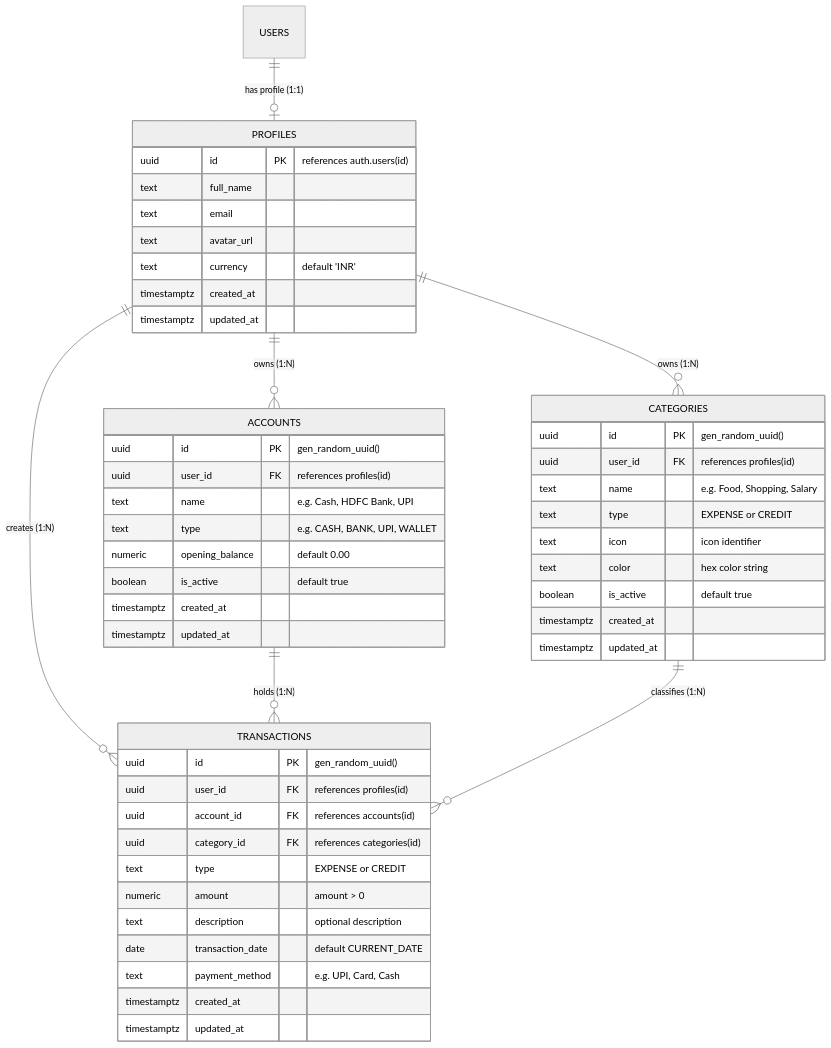
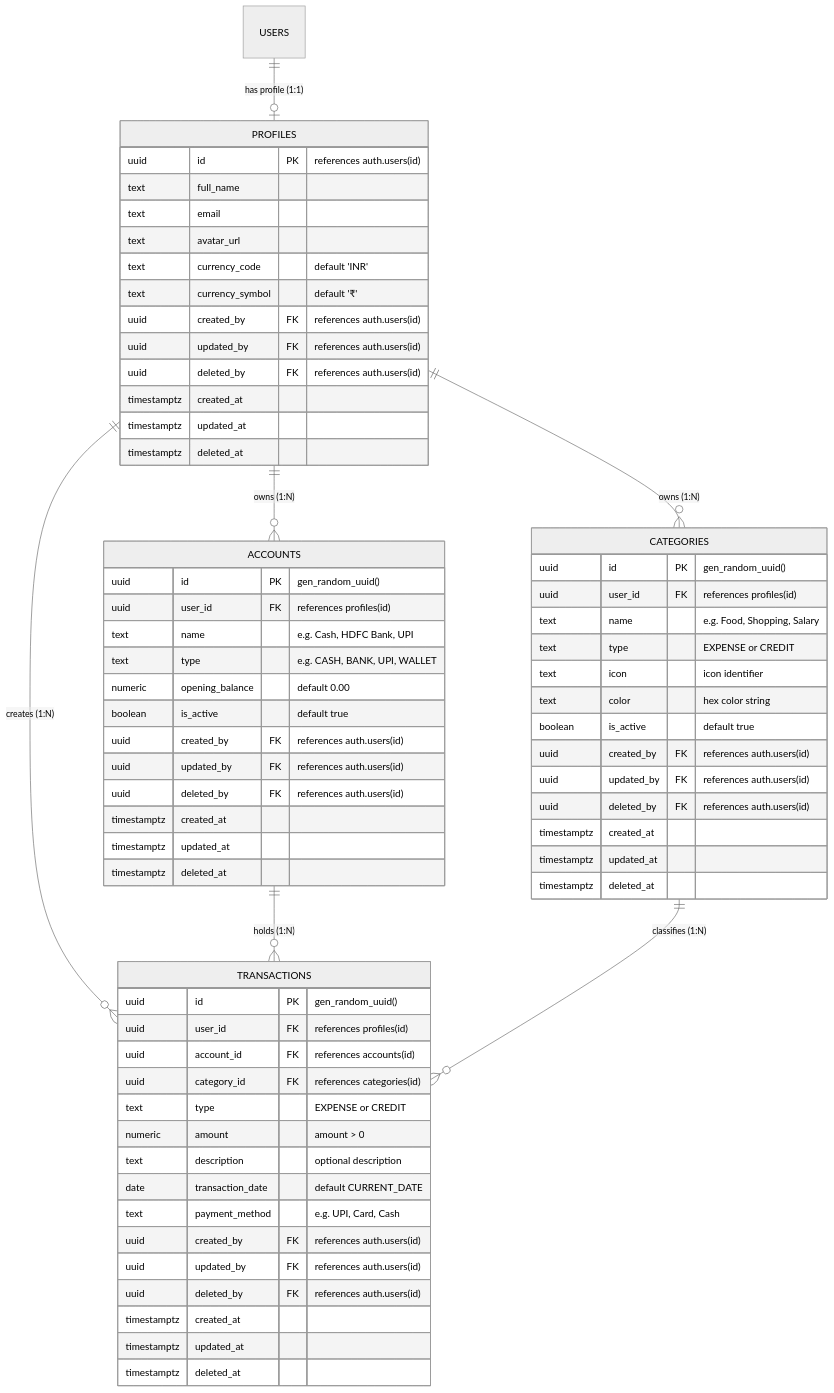
Before and after one commit to mubasshir-cyber/expense-tracker-app: the second of 3 diagrams in docs/architecture.md, drawn with Mermaid (neutral theme). The commit also changed 36 other files, not shown here.

````diff
--- a/docs/architecture.md
+++ b/docs/architecture.md
@@ -116,56 +116,73 @@
 ```mermaid
 erDiagram
     USERS ||--o| PROFILES : "has profile (1:1)"
     PROFILES ||--o{ ACCOUNTS : "owns (1:N)"
     PROFILES ||--o{ CATEGORIES : "owns (1:N)"
     PROFILES ||--o{ TRANSACTIONS : "creates (1:N)"
     ACCOUNTS ||--o{ TRANSACTIONS : "holds (1:N)"
     CATEGORIES ||--o{ TRANSACTIONS : "classifies (1:N)"
 
     PROFILES {
         uuid id PK "references auth.users(id)"
         text full_name
         text email
         text avatar_url
-        text currency "default 'INR'"
+        text currency_code "default 'INR'"
+        text currency_symbol "default '₹'"
+        uuid created_by FK "references auth.users(id)"
+        uuid updated_by FK "references auth.users(id)"
+        uuid deleted_by FK "references auth.users(id)"
         timestamptz created_at
         timestamptz updated_at
+        timestamptz deleted_at
     }
 
     ACCOUNTS {
         uuid id PK "gen_random_uuid()"
         uuid user_id FK "references profiles(id)"
         text name "e.g. Cash, HDFC Bank, UPI"
         text type "e.g. CASH, BANK, UPI, WALLET"
         numeric opening_balance "default 0.00"
         boolean is_active "default true"
+        uuid created_by FK "references auth.users(id)"
+        uuid updated_by FK "references auth.users(id)"
+        uuid deleted_by FK "references auth.users(id)"
         timestamptz created_at
         timestamptz updated_at
+        timestamptz deleted_at
     }
 
     CATEGORIES {
         uuid id PK "gen_random_uuid()"
         uuid user_id FK "references profiles(id)"
         text name "e.g. Food, Shopping, Salary"
         text type "EXPENSE or CREDIT"
         text icon "icon identifier"
         text color "hex color string"
         boolean is_active "default true"
+        uuid created_by FK "references auth.users(id)"
+        uuid updated_by FK "references auth.users(id)"
+        uuid deleted_by FK "references auth.users(id)"
         timestamptz created_at
         timestamptz updated_at
+        timestamptz deleted_at
     }
 
     TRANSACTIONS {
         uuid id PK "gen_random_uuid()"
         uuid user_id FK "references profiles(id)"
         uuid account_id FK "references accounts(id)"
         uuid category_id FK "references categories(id)"
         text type "EXPENSE or CREDIT"
         numeric amount "amount > 0"
         text description "optional description"
         date transaction_date "default CURRENT_DATE"
         text payment_method "e.g. UPI, Card, Cash"
+        uuid created_by FK "references auth.users(id)"
+        uuid updated_by FK "references auth.users(id)"
+        uuid deleted_by FK "references auth.users(id)"
         timestamptz created_at
         timestamptz updated_at
+        timestamptz deleted_at
     }
 ```
````
